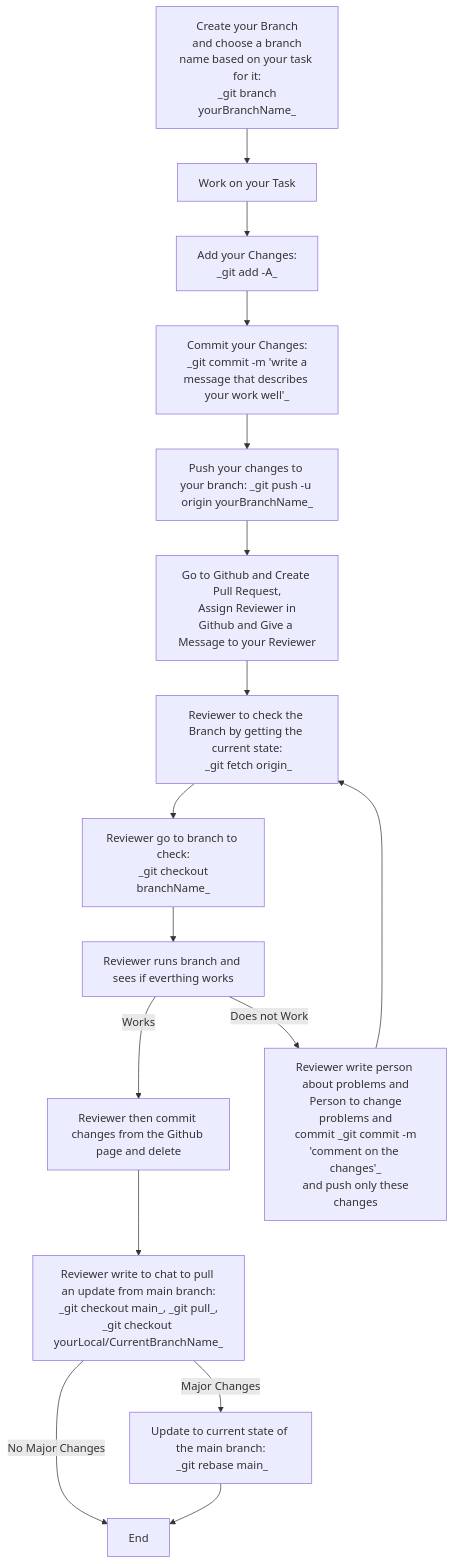
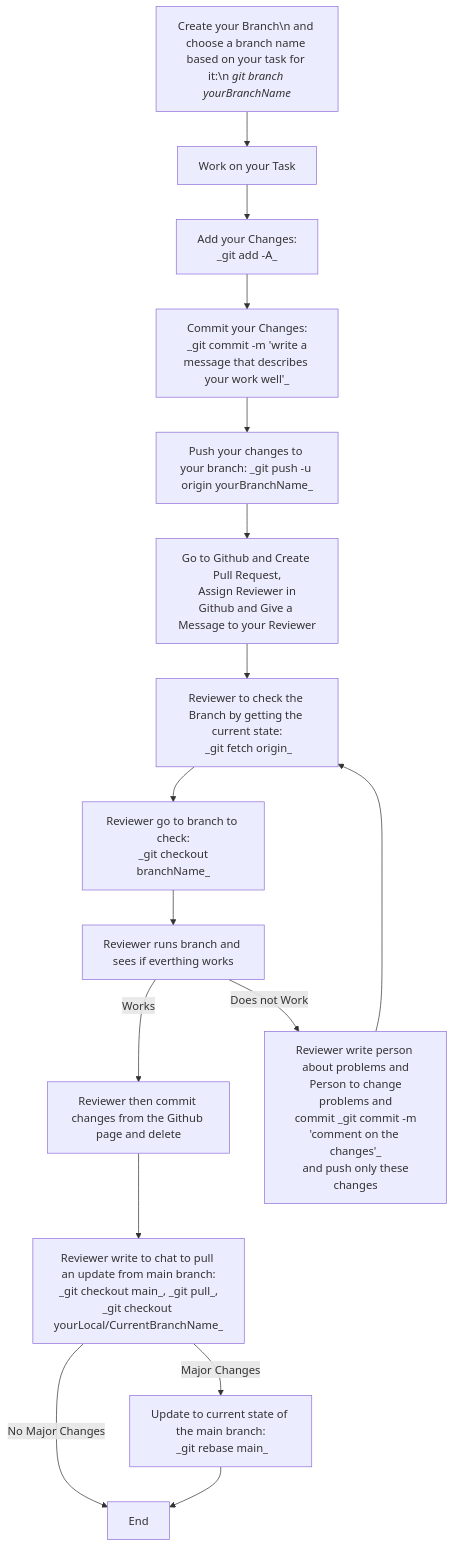
One commit to Piviwo/rail-travel-time changed the diagram in WORKFLOW.md. Above: the diagram before and after it, drawn with Mermaid.

````diff
--- a/WORKFLOW.md
+++ b/WORKFLOW.md
@@ -2,21 +2,21 @@
 ```mermaid
 flowchart TB;
-    A["Create your Branch\n and choose a branch name based on your task for it:\n _git branch yourBranchName_"] --> B[Work on your Task];
+    A["`Create your Branch\n and choose a branch name based on your task for it:\n _git branch yourBranchName_`"] --> B[Work on your Task];
      B --> C["Add your Changes:\n _git add -A_"];
     C --> D[Commit your Changes:\n _git commit -m 'write a message that describes your work well'_];
     D --> E[Push your changes to your branch: _git push -u origin yourBranchName_];
     E --> F[Go to Github and Create Pull Request,\n Assign Reviewer in Github and Give a Message to your Reviewer];
     F --> G[Reviewer to check the Branch by getting the current state:\n _git fetch origin_];
     G --> H[Reviewer go to branch to check:\n _git checkout branchName_];
     H --> I[Reviewer runs branch and sees if everthing works];
     I -->|Works| J[Reviewer then commit changes from the Github page and delete];
     I -->|Does not Work| M[Reviewer write person about problems and\n Person to change problems and\n commit _git commit -m 'comment on the changes'_\n and push only these changes];
     J --> K[Reviewer write to chat to pull an update from main branch:\n _git checkout main_, _git pull_, _git checkout yourLocal/CurrentBranchName_];
     K -- Major Changes --> L[Update to current state of the main branch:\n _git rebase main_];
     K -- No Major Changes --> N[End];
     L --> N;
     M --> G;
     
    
 
 ```
````
